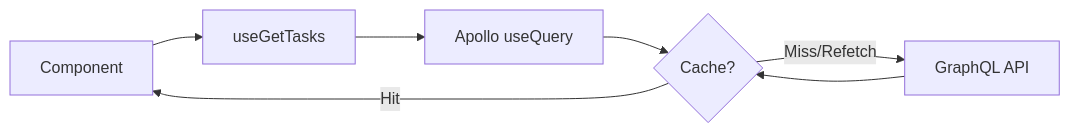
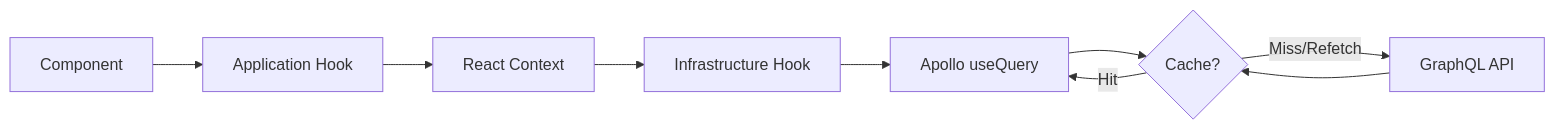
The first of 2 diagrams in docs/architecture/apollo-client.en.md (LeoVitale/vita-product-boilerplate), drawn with Mermaid before and after one commit. The commit also changed other lines of this file, not shown here.

First line of the commit message:
docs(architecture): fix apollo-client examples with Context-based DI

````diff
--- a/docs/architecture/apollo-client.en.md
+++ b/docs/architecture/apollo-client.en.md
@@ -102,9 +146,11 @@
 ```mermaid
 graph LR
-    UI[Component] --> Hook[useGetTasks]
-    Hook --> Apollo[Apollo useQuery]
+    UI[Component] --> AppHook[Application Hook]
+    AppHook --> Context[React Context]
+    Context --> InfraHook[Infrastructure Hook]
+    InfraHook --> Apollo[Apollo useQuery]
     Apollo --> Cache{Cache?}
-    Cache -->|Hit| UI
+    Cache -->|Hit| Apollo
     Cache -->|Miss/Refetch| Network[GraphQL API]
     Network --> Cache
 ```
````
